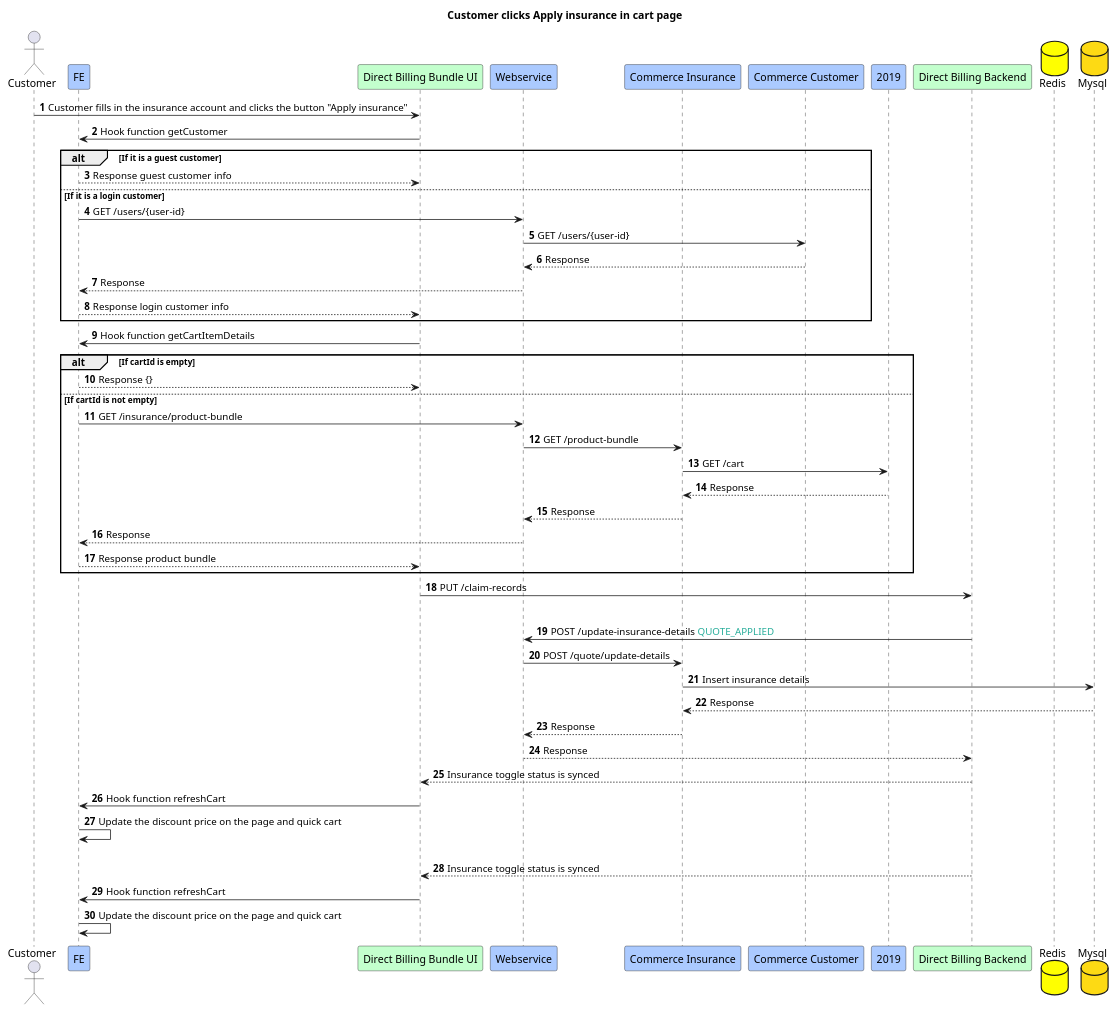
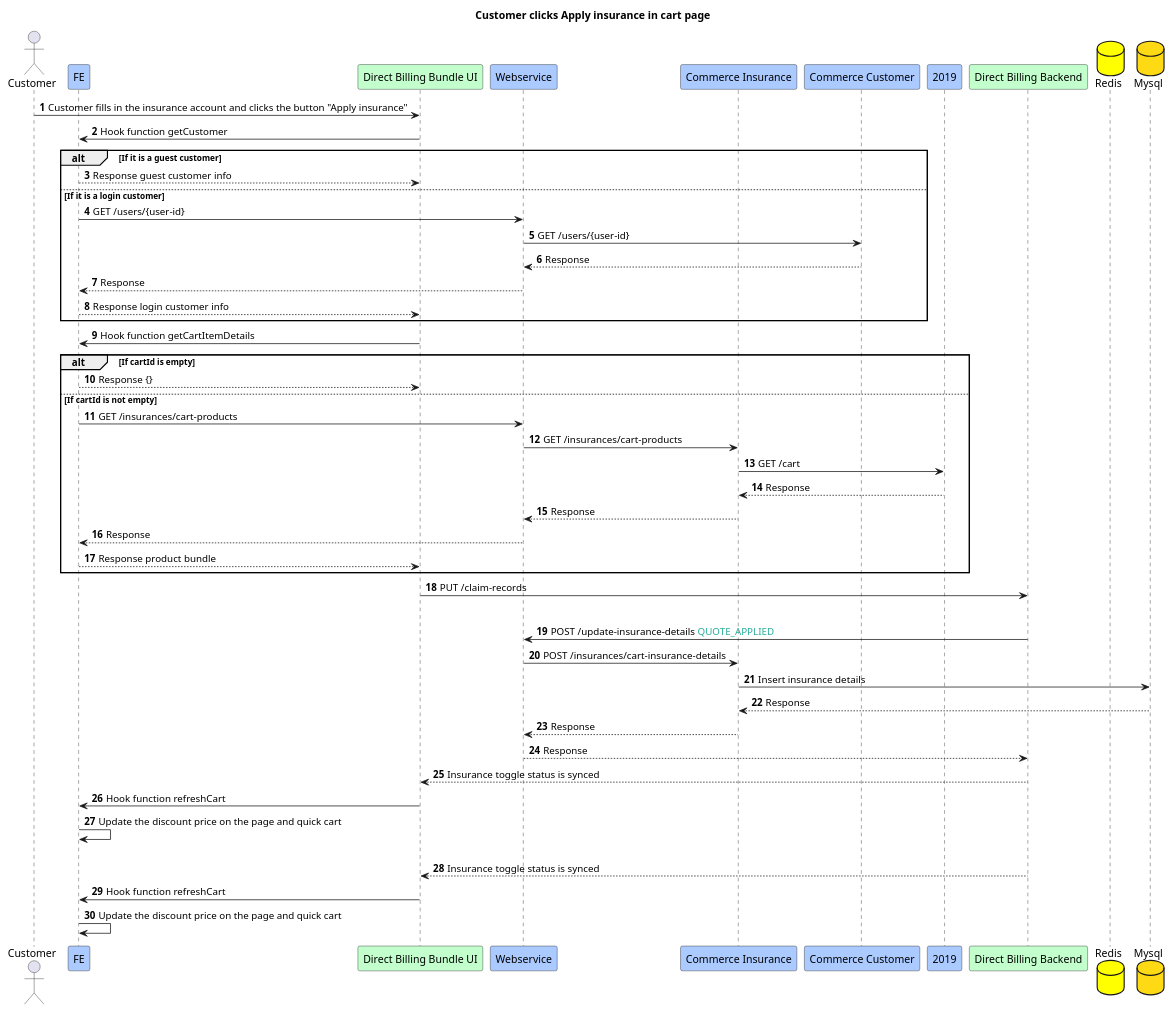
The diagram in 2.1.Customer clicks Apply insurance in cart page.puml (Jayounger/EyeMed-Sequence-Diagram), drawn with PlantUML before and after one commit. The commit also changed 13 other files, not shown here.

```diff
--- a/2.1.Customer clicks Apply insurance in cart page.puml
+++ b/2.1.Customer clicks Apply insurance in cart page.puml
@@ -1,57 +1,57 @@
 @startuml
 title Customer clicks Apply insurance in cart page
 actor Customer
 participant FE #abcaff
 participant "Direct Billing Bundle UI" #c3ffcd
 participant "Webservice" #abcaff
 participant "Commerce Insurance" #abcaff
 participant "Commerce Customer" #abcaff
 participant "2019" #abcaff
 participant "Direct Billing Backend" #c3ffcd
 database "Redis" #yellow
 database "Mysql" #fdda14
 
 autonumber
 Customer -> "Direct Billing Bundle UI":Customer fills in the insurance account and clicks the button "Apply insurance"
 "Direct Billing Bundle UI" -> FE:Hook function getCustomer
 
 alt If it is a guest customer
     FE --> "Direct Billing Bundle UI":Response guest customer info
 else If it is a login customer
     FE -> "Webservice":GET /users/{user-id}
     "Webservice" -> "Commerce Customer":GET /users/{user-id}
     "Commerce Customer" --> "Webservice":Response
     "Webservice" --> FE:Response
     FE --> "Direct Billing Bundle UI":Response login customer info
 end
 
 "Direct Billing Bundle UI" -> FE:Hook function getCartItemDetails
 alt If cartId is empty
     FE --> "Direct Billing Bundle UI":Response {}
 else If cartId is not empty
-    FE -> "Webservice":GET /insurance/product-bundle
-    "Webservice" -> "Commerce Insurance":GET /product-bundle
+    FE -> "Webservice":GET /insurances/cart-products
+    "Webservice" -> "Commerce Insurance":GET /insurances/cart-products
     "Commerce Insurance" -> 2019:GET /cart
     2019 --> "Commerce Insurance":Response
     "Commerce Insurance" --> "Webservice":Response
     "Webservice" --> FE:Response
     FE --> "Direct Billing Bundle UI":Response product bundle
 end
 
 "Direct Billing Bundle UI" -> "Direct Billing Backend": PUT /claim-records
 
 alt If quote has applied
     "Direct Billing Backend" -> "Webservice":POST /update-insurance-details <font color=#27ad9a>QUOTE_APPLIED
-    "Webservice" -> "Commerce Insurance":POST /quote/update-details
+    "Webservice" -> "Commerce Insurance":POST /insurances/cart-insurance-details
     "Commerce Insurance" -> "Mysql":Insert insurance details
     "Mysql" --> "Commerce Insurance":Response
     "Commerce Insurance" --> "Webservice":Response
     "Webservice" --> "Direct Billing Backend":Response
     "Direct Billing Backend" --> "Direct Billing Bundle UI":Insurance toggle status is synced
     "Direct Billing Bundle UI" -> FE:Hook function refreshCart
     FE -> FE:Update the discount price on the page and quick cart
 else If the quote has not applied
     "Direct Billing Backend" --> "Direct Billing Bundle UI":Insurance toggle status is synced
     "Direct Billing Bundle UI" -> FE:Hook function refreshCart
     FE -> FE:Update the discount price on the page and quick cart
 @enduml
```
